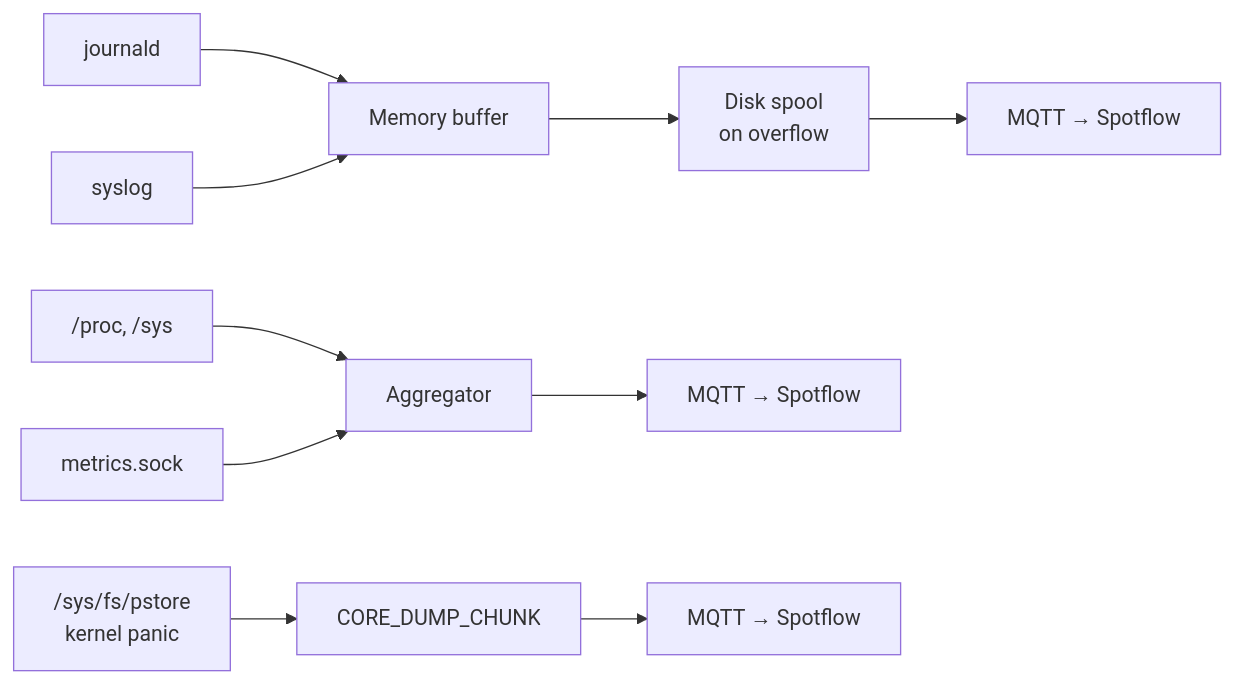
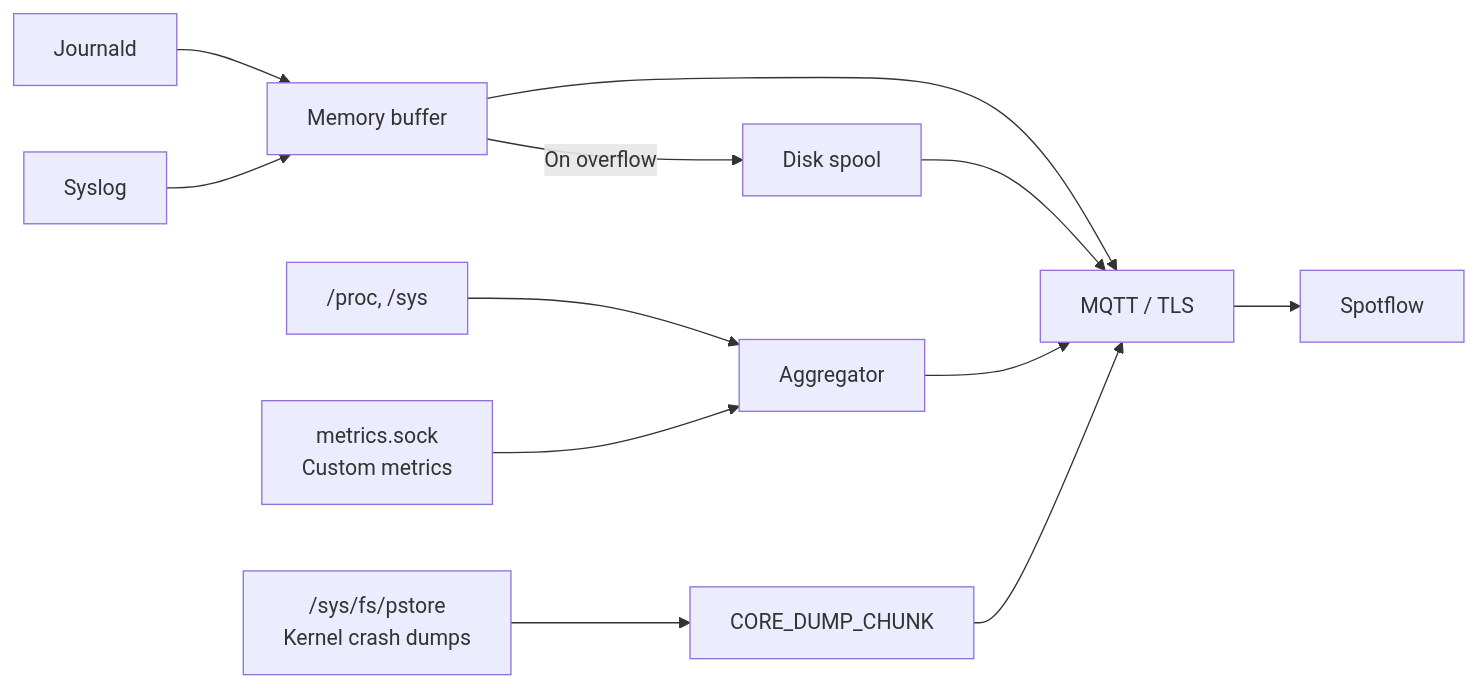
One commit to spotflow-io/spotflowd changed the diagram in README.md. Above: the diagram before and after it, drawn with Mermaid. The commit also changed other lines of this file and 10 other files, not shown here.

````diff
--- a/README.md
+++ b/README.md
@@ -9,14 +9,17 @@
 ```mermaid
 flowchart LR
-    journald --> buffer[Memory buffer]
-    syslog --> buffer
-    buffer --> spool[Disk spool\non overflow]
-    spool --> mqtt1[MQTT → Spotflow]
+    journald[Journald] --> buffer[Memory buffer]
+    syslog[Syslog] --> buffer
+    buffer --> mqtt[MQTT / TLS]
+    buffer -->|On overflow| spool[Disk spool]
+    spool --> mqtt
 
     proc["/proc, /sys"] --> agg[Aggregator]
-    sock[metrics.sock] --> agg
-    agg --> mqtt2[MQTT → Spotflow]
+    sock["metrics.sock<br/>Custom metrics"] --> agg
+    agg --> mqtt
 
-    pstore["/sys/fs/pstore\nkernel panic"] --> chunks[CORE_DUMP_CHUNK]
-    chunks --> mqtt3[MQTT → Spotflow]
+    pstore["/sys/fs/pstore<br/>Kernel crash dumps"] --> chunks[CORE_DUMP_CHUNK]
+    chunks --> mqtt
+
+    mqtt --> spotflow[Spotflow]
 ```
````
